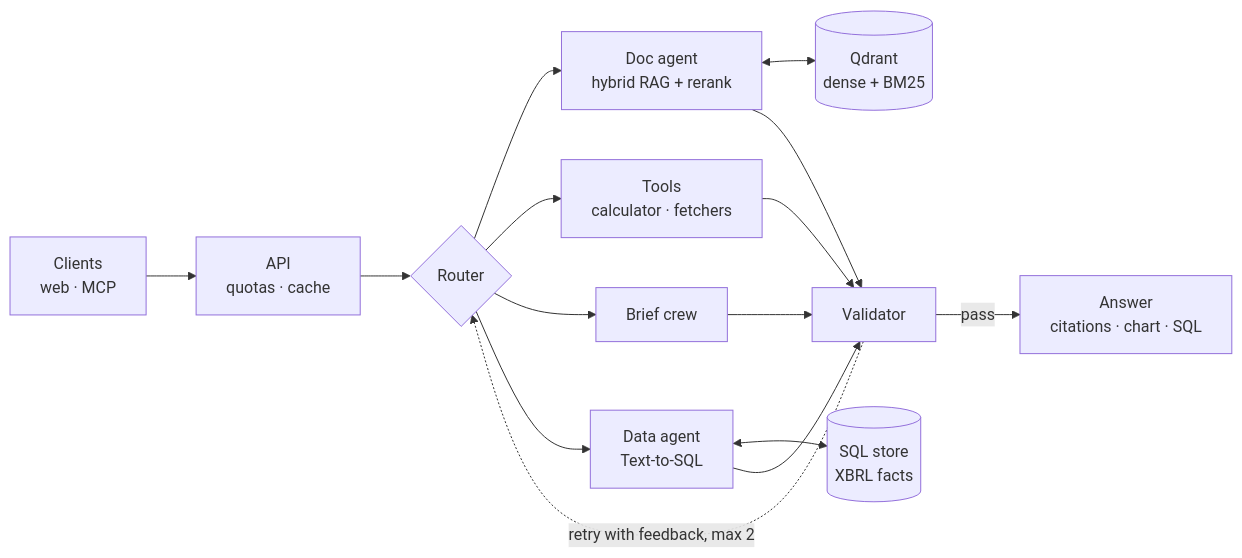
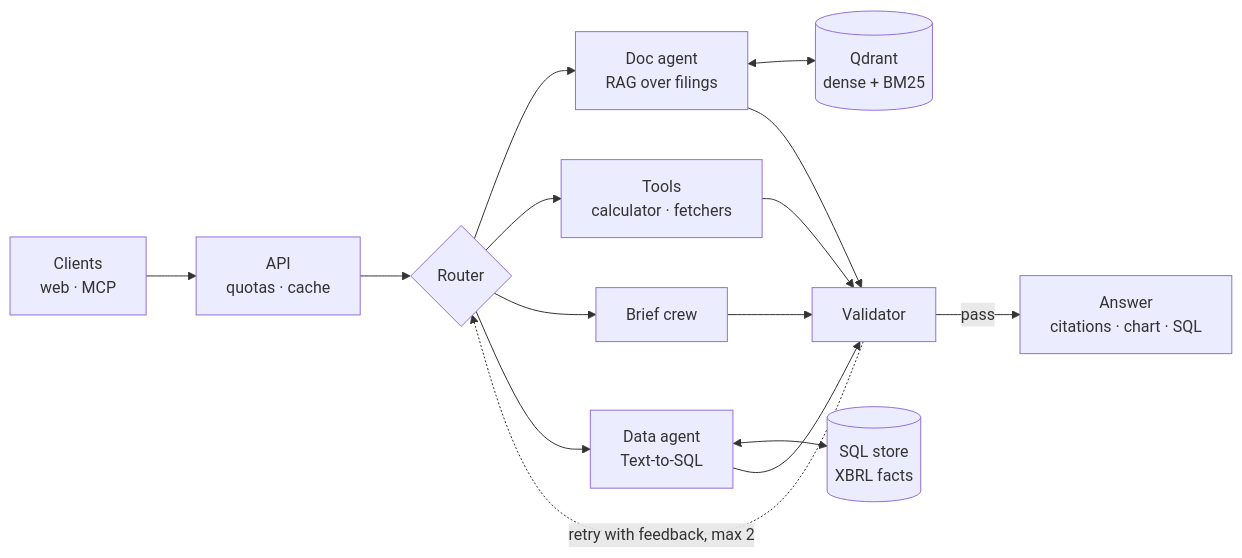
Before and after one commit to VinayakMokashi/filings-research-copilot: the diagram in README.md, drawn with Mermaid. The commit also changed other lines of this file and 3 other files, not shown here.

````diff
--- a/README.md
+++ b/README.md
@@ -24,14 +24,14 @@
 ```mermaid
 flowchart LR
     C["Clients<br/>web · MCP"] --> A["API<br/>quotas · cache"]
     A --> R{Router}
-    R --> D["Doc agent<br/>hybrid RAG + rerank"]
+    R --> D["Doc agent<br/>RAG over filings"]
     R --> T["Tools<br/>calculator · fetchers"]
     R --> B["Brief crew"]
     R --> S["Data agent<br/>Text-to-SQL"]
     D <--> Q[("Qdrant<br/>dense + BM25")]
     S <--> P[("SQL store<br/>XBRL facts")]
     D & T & B & S --> V["Validator"]
     V -- "pass" --> ANS["Answer<br/>citations · chart · SQL"]
     V -. "retry with feedback, max 2" .-> R
 ```
````
